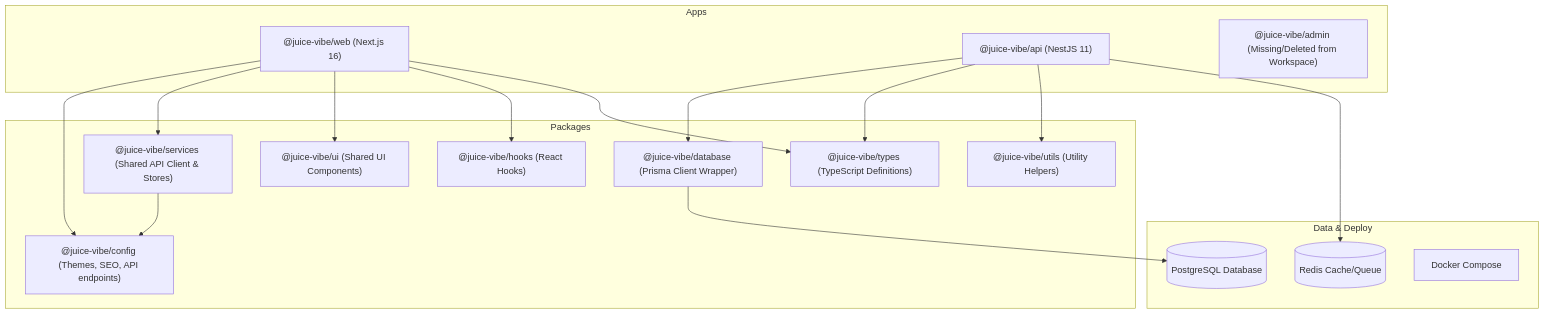
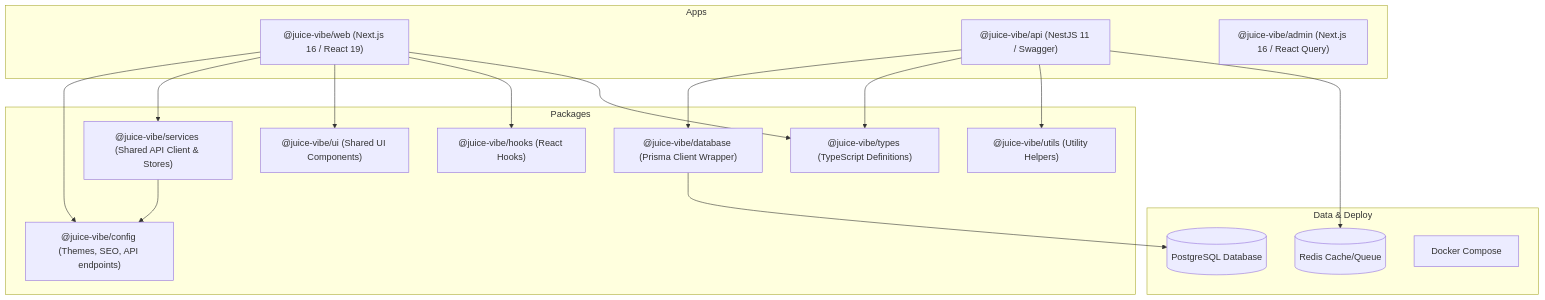
Before and after one commit to juicevibeonline-code/juicevibe-platform: the first of 2 diagrams in status.md, drawn with Mermaid. The commit also changed other lines of this file and 58 other files, not shown here.

````diff
--- a/status.md
+++ b/status.md
@@ -14,39 +14,39 @@
 ```mermaid
 graph TD
     subgraph Applications [Apps]
-        Web["@juice-vibe/web (Next.js 16)"]
-        API["@juice-vibe/api (NestJS 11)"]
-        Admin["@juice-vibe/admin (Missing/Deleted from Workspace)"]
+        Web["@juice-vibe/web (Next.js 16 / React 19)"]
+        API["@juice-vibe/api (NestJS 11 / Swagger)"]
+        Admin["@juice-vibe/admin (Next.js 16 / React Query)"]
     end
 
     subgraph SharedPackages [Packages]
         Config["@juice-vibe/config (Themes, SEO, API endpoints)"]
         Database["@juice-vibe/database (Prisma Client Wrapper)"]
         Services["@juice-vibe/services (Shared API Client & Stores)"]
         Types["@juice-vibe/types (TypeScript Definitions)"]
         UI["@juice-vibe/ui (Shared UI Components)"]
         Hooks["@juice-vibe/hooks (React Hooks)"]
         Utils["@juice-vibe/utils (Utility Helpers)"]
     end
 
     subgraph Infrastructure [Data & Deploy]
         DB[(PostgreSQL Database)]
         Redis[(Redis Cache/Queue)]
         Docker[Docker Compose]
     end
 
     %% Relationships
     Web --> Config
     Web --> Services
     Web --> UI
     Web --> Hooks
     Web --> Types
     
     API --> Database
     API --> Types
     API --> Utils
     
     Services --> Config
     Database --> DB
     API --> Redis
 ```
````
